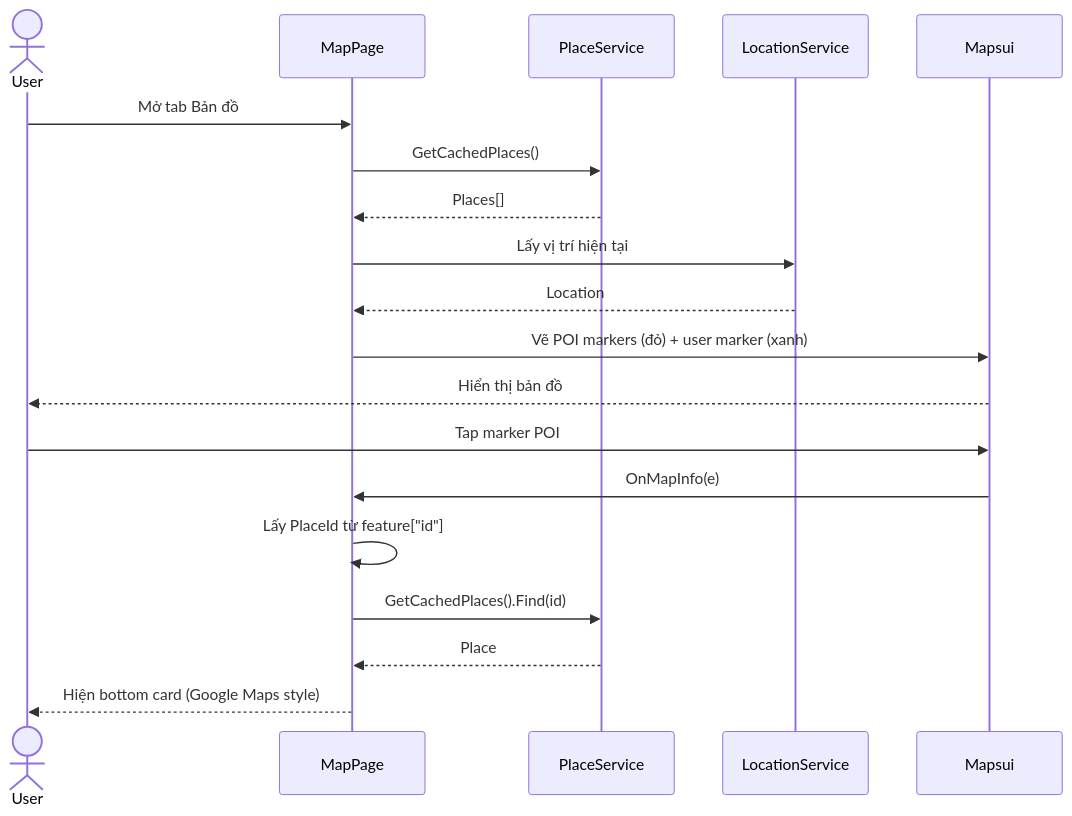
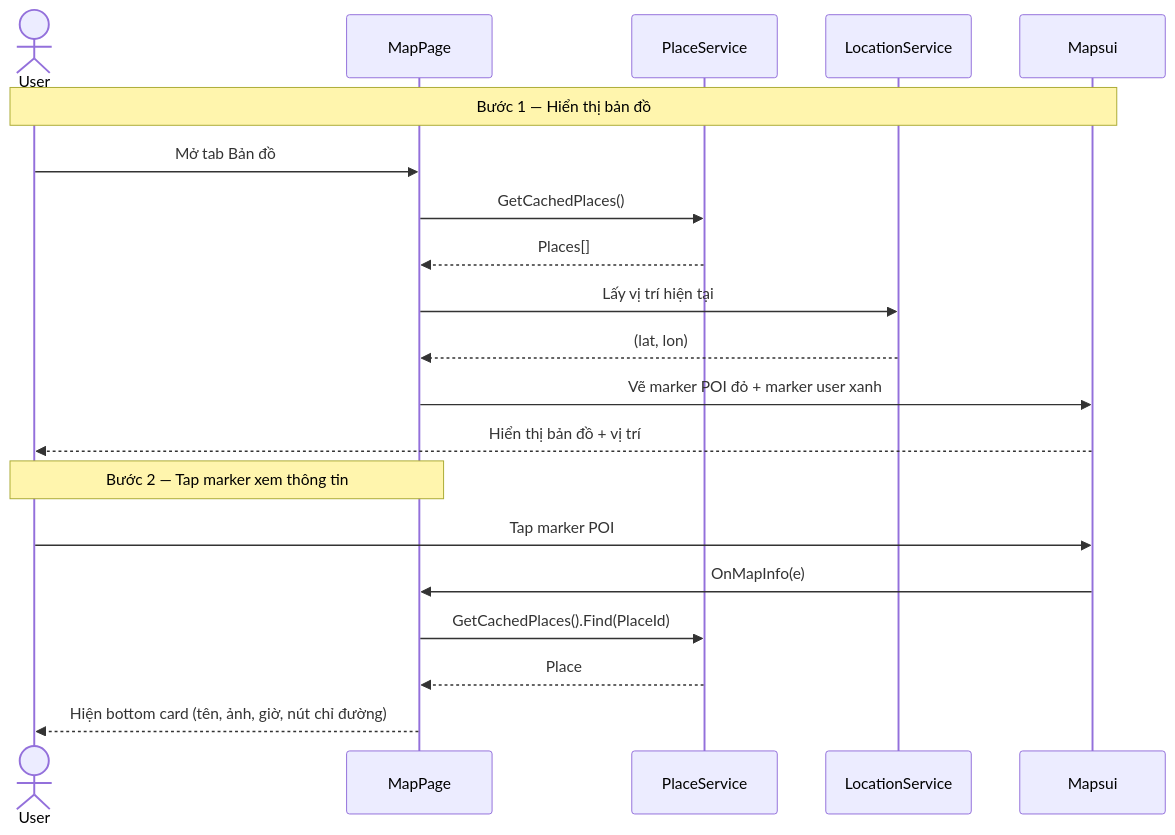
One commit to MTai55/TourguideProjectApp changed the seventh of 21 diagrams in PRD.md. Above: the diagram before and after it, drawn with Mermaid. The commit also changed other lines of this file, not shown here.

Commit message:
diagrams

````diff
--- a/PRD.md
+++ b/PRD.md
@@ -1140,23 +1119,24 @@
 ```mermaid
 sequenceDiagram
     actor User
     participant MapPage
     participant PlaceService
     participant LocationService
     participant Mapsui
 
+    Note over User,Mapsui: Bước 1 — Hiển thị bản đồ
     User->>MapPage: Mở tab Bản đồ
     MapPage->>PlaceService: GetCachedPlaces()
     PlaceService-->>MapPage: Places[]
     MapPage->>LocationService: Lấy vị trí hiện tại
-    LocationService-->>MapPage: Location
-    MapPage->>Mapsui: Vẽ POI markers (đỏ) + user marker (xanh)
-    Mapsui-->>User: Hiển thị bản đồ
+    LocationService-->>MapPage: (lat, lon)
+    MapPage->>Mapsui: Vẽ marker POI đỏ + marker user xanh
+    Mapsui-->>User: Hiển thị bản đồ + vị trí
 
+    Note over User,MapPage: Bước 2 — Tap marker xem thông tin
     User->>Mapsui: Tap marker POI
     Mapsui->>MapPage: OnMapInfo(e)
-    MapPage->>MapPage: Lấy PlaceId từ feature["id"]
-    MapPage->>PlaceService: GetCachedPlaces().Find(id)
+    MapPage->>PlaceService: GetCachedPlaces().Find(PlaceId)
     PlaceService-->>MapPage: Place
-    MapPage-->>User: Hiện bottom card (Google Maps style)
+    MapPage-->>User: Hiện bottom card (tên, ảnh, giờ, nút chỉ đường)
 ```
````
